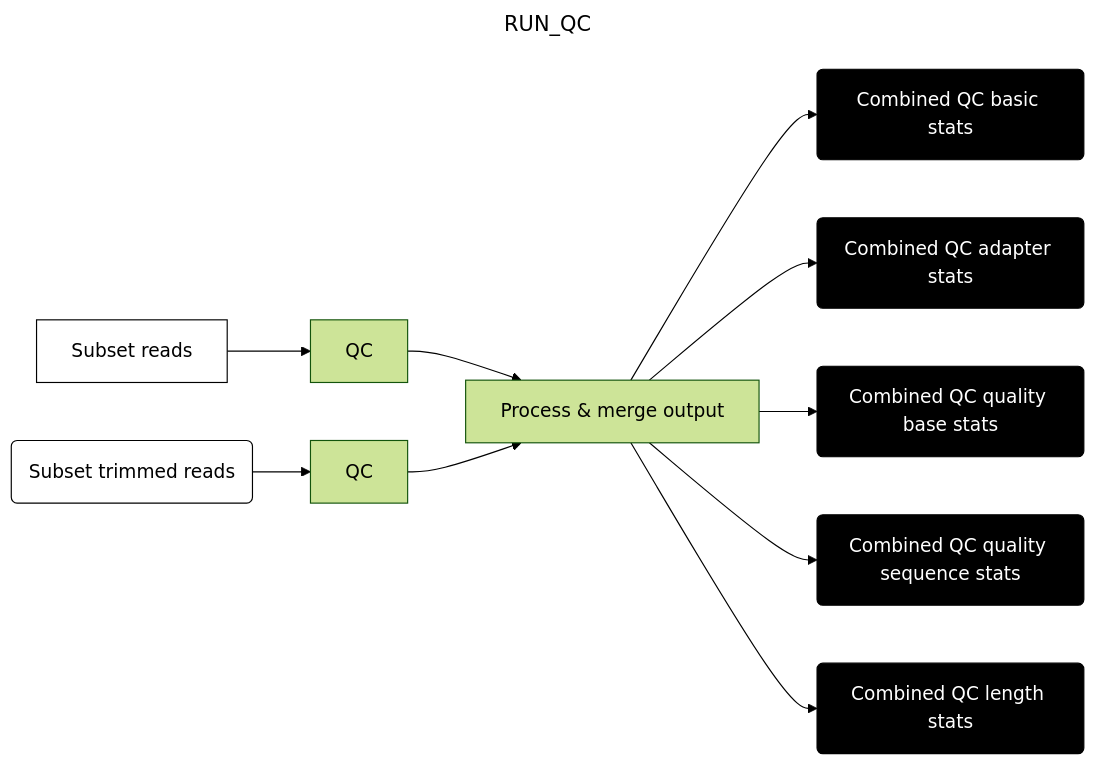
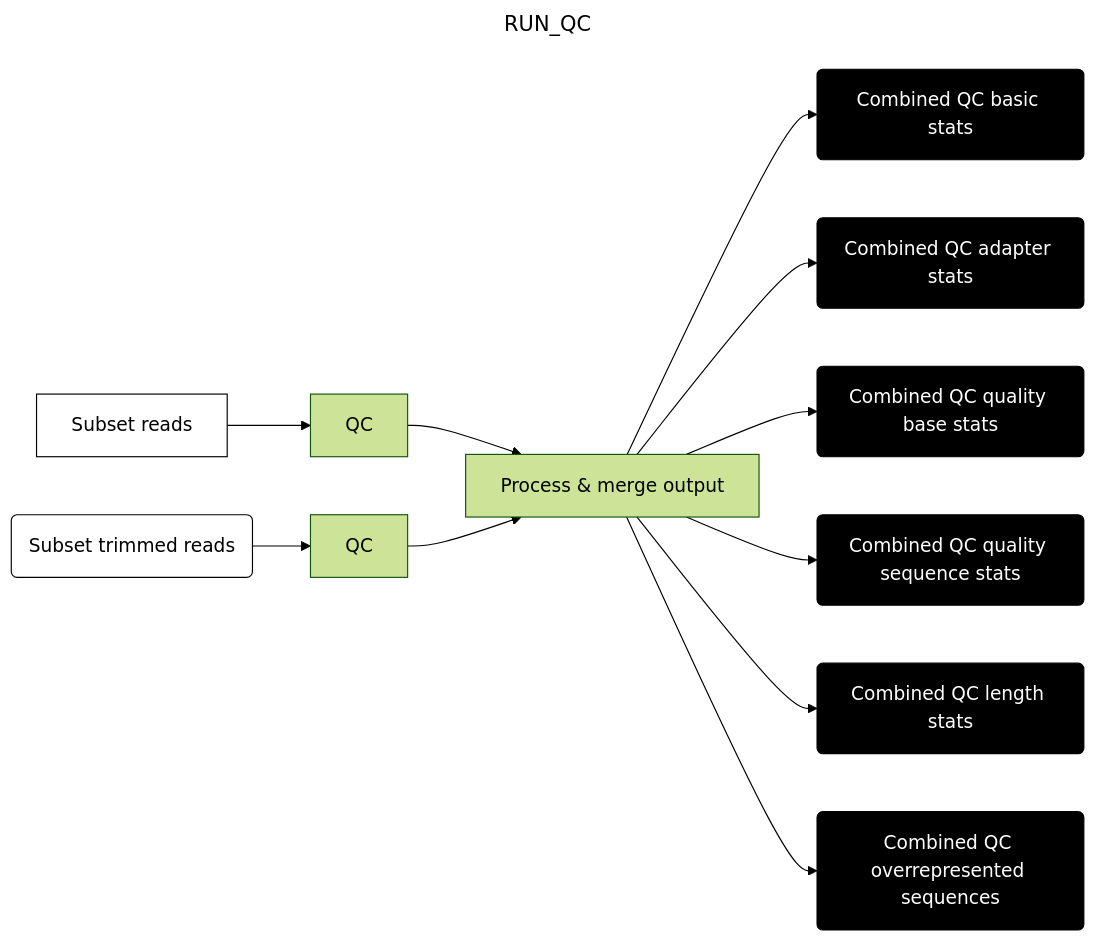
Before and after one commit to securebio/nao-mgs-workflow: the ninth of 9 diagrams in docs/run.md, drawn with Mermaid (forest theme). The commit also changed other lines of this file and 1 other file, not shown here.

First line of the commit message:
Document overrepresented sequences in run.md diagrams

````diff
--- a/docs/run.md
+++ b/docs/run.md
@@ -324,23 +325,25 @@
 ```mermaid
 ---
 title: RUN_QC
 config:
   layout: horizontal
 ---
 flowchart LR
 A[Subset reads] --> B[QC]
 C(Subset trimmed reads) --> D[QC]
 B & D --> E[Process & merge output]
 E --> F(Combined QC basic stats)
 E --> G(Combined QC adapter stats)
 E --> H(Combined QC quality base stats)
 E --> I(Combined QC quality sequence stats)
 E --> J(Combined QC length stats)
+E --> K(Combined QC overrepresented sequences)
 style A fill:#fff,stroke:#000
 style C fill:#fff,stroke:#000
 style F fill:#000,color:#fff,stroke:#000
 style G fill:#000,color:#fff,stroke:#000
 style H fill:#000,color:#fff,stroke:#000
 style I fill:#000,color:#fff,stroke:#000
 style J fill:#000,color:#fff,stroke:#000
+style K fill:#000,color:#fff,stroke:#000
 ```
````
